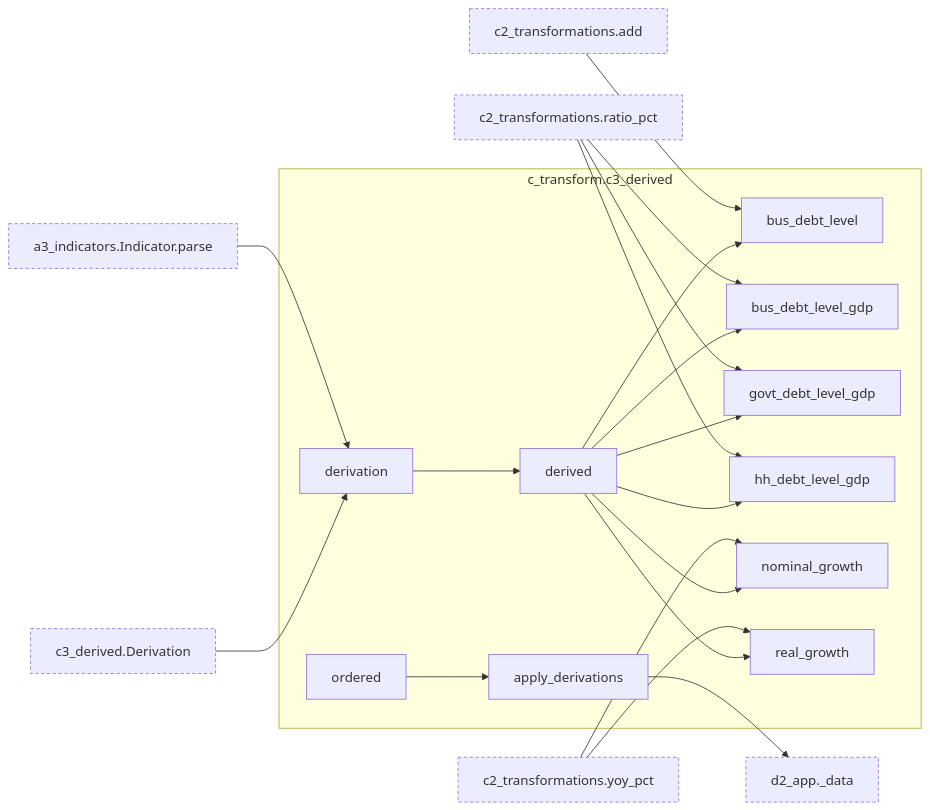
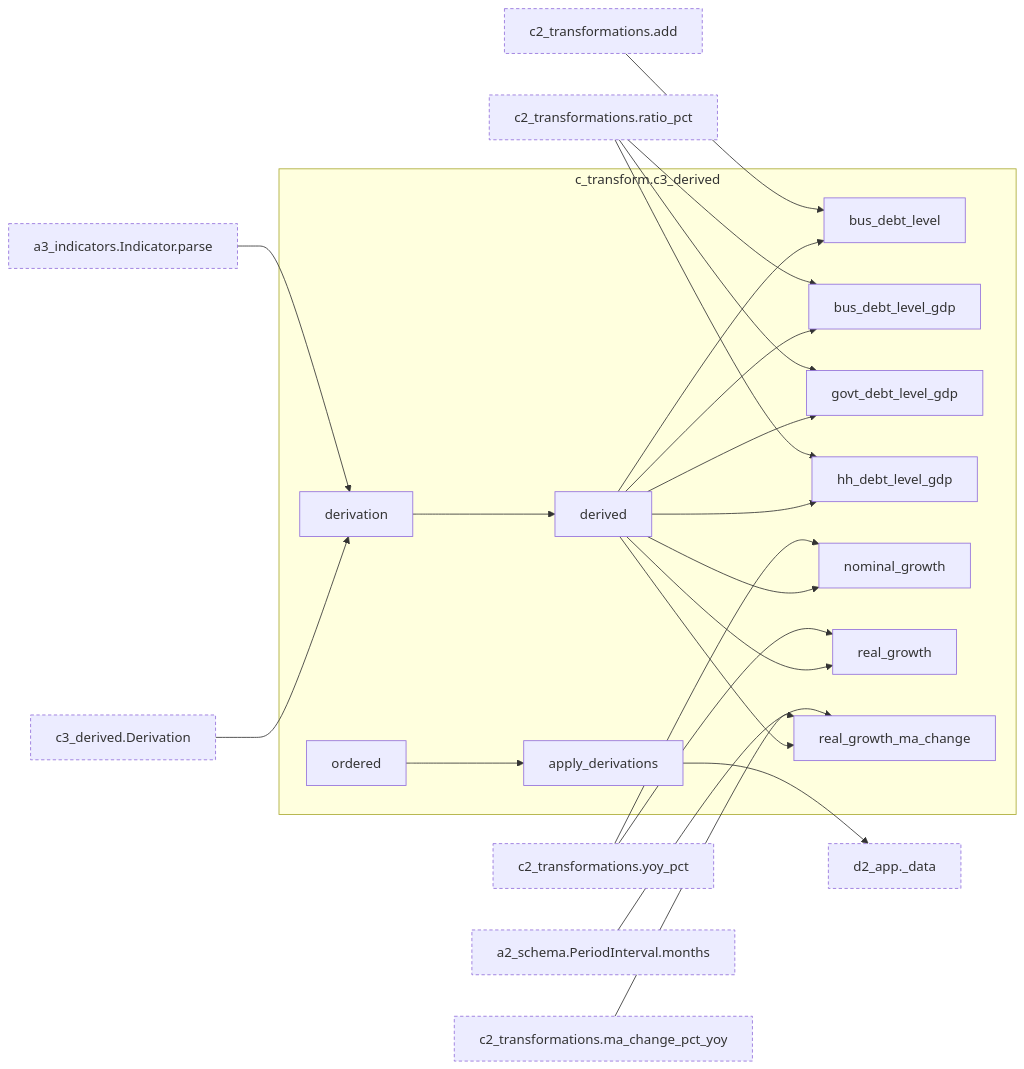
Before and after one commit to bsawyerg15/MacroScan: diagram 13 of 15 in docs/architecture.md, drawn with Mermaid. The commit also changed other lines of this file and 11 other files, not shown here.

````diff
--- a/docs/architecture.md
+++ b/docs/architecture.md
@@ -1033,55 +1053,64 @@
 ```mermaid
 flowchart LR
   subgraph this["c_transform.c3_derived"]
     n_c_transform_c3_derived_apply_derivations["apply_derivations"]
     n_c_transform_c3_derived_bus_debt_level["bus_debt_level"]
     n_c_transform_c3_derived_bus_debt_level_gdp["bus_debt_level_gdp"]
     n_c_transform_c3_derived_derivation["derivation"]
     n_c_transform_c3_derived_derived["derived"]
     n_c_transform_c3_derived_govt_debt_level_gdp["govt_debt_level_gdp"]
     n_c_transform_c3_derived_hh_debt_level_gdp["hh_debt_level_gdp"]
     n_c_transform_c3_derived_nominal_growth["nominal_growth"]
     n_c_transform_c3_derived_ordered["ordered"]
     n_c_transform_c3_derived_real_growth["real_growth"]
+    n_c_transform_c3_derived_real_growth_ma_change["real_growth_ma_change"]
   end
+  n_a_core_a2_schema_PeriodInterval_months["a2_schema.PeriodInterval.months"]:::ext
   n_a_core_a3_indicators_Indicator_parse["a3_indicators.Indicator.parse"]:::ext
   n_c_transform_c2_transformations_add["c2_transformations.add"]:::ext
+  n_c_transform_c2_transformations_ma_change_pct_yoy["c2_transformations.ma_change_pct_yoy"]:::ext
   n_c_transform_c2_transformations_ratio_pct["c2_transformations.ratio_pct"]:::ext
   n_c_transform_c2_transformations_yoy_pct["c2_transformations.yoy_pct"]:::ext
   n_c_transform_c3_derived_Derivation["c3_derived.Derivation"]:::ext
   n_d_visualization_d2_app__data["d2_app._data"]:::ext
   n_c_transform_c3_derived_ordered --> n_c_transform_c3_derived_apply_derivations
   n_c_transform_c2_transformations_add --> n_c_transform_c3_derived_bus_debt_level
   n_c_transform_c3_derived_derived --> n_c_transform_c3_derived_bus_debt_level
   n_c_transform_c2_transformations_ratio_pct --> n_c_transform_c3_derived_bus_debt_level_gdp
   n_c_transform_c3_derived_derived --> n_c_transform_c3_derived_bus_debt_level_gdp
   n_a_core_a3_indicators_Indicator_parse --> n_c_transform_c3_derived_derivation
   n_c_transform_c3_derived_Derivation --> n_c_transform_c3_derived_derivation
   n_c_transform_c3_derived_derivation --> n_c_transform_c3_derived_derived
   n_c_transform_c2_transformations_ratio_pct --> n_c_transform_c3_derived_govt_debt_level_gdp
   n_c_transform_c3_derived_derived --> n_c_transform_c3_derived_govt_debt_level_gdp
   n_c_transform_c2_transformations_ratio_pct --> n_c_transform_c3_derived_hh_debt_level_gdp
   n_c_transform_c3_derived_derived --> n_c_transform_c3_derived_hh_debt_level_gdp
   n_c_transform_c2_transformations_yoy_pct --> n_c_transform_c3_derived_nominal_growth
   n_c_transform_c3_derived_derived --> n_c_transform_c3_derived_nominal_growth
   n_c_transform_c2_transformations_yoy_pct --> n_c_transform_c3_derived_real_growth
   n_c_transform_c3_derived_derived --> n_c_transform_c3_derived_real_growth
+  n_a_core_a2_schema_PeriodInterval_months --> n_c_transform_c3_derived_real_growth_ma_change
+  n_c_transform_c2_transformations_ma_change_pct_yoy --> n_c_transform_c3_derived_real_growth_ma_change
+  n_c_transform_c3_derived_derived --> n_c_transform_c3_derived_real_growth_ma_change
   n_c_transform_c3_derived_apply_derivations --> n_d_visualization_d2_app__data
+  click n_a_core_a2_schema_PeriodInterval_months href "#fn-a_core-a2_schema-PeriodInterval.months"
   click n_a_core_a3_indicators_Indicator_parse href "#fn-a_core-a3_indicators-Indicator.parse"
   click n_c_transform_c2_transformations_add href "#fn-c_transform-c2_transformations-add"
+  click n_c_transform_c2_transformations_ma_change_pct_yoy href "#fn-c_transform-c2_transformations-ma_change_pct_yoy"
   click n_c_transform_c2_transformations_ratio_pct href "#fn-c_transform-c2_transformations-ratio_pct"
   click n_c_transform_c2_transformations_yoy_pct href "#fn-c_transform-c2_transformations-yoy_pct"
   click n_c_transform_c3_derived_Derivation href "#cls-Derivation"
   click n_c_transform_c3_derived_apply_derivations href "#fn-c_transform-c3_derived-apply_derivations"
   click n_c_transform_c3_derived_bus_debt_level href "#fn-c_transform-c3_derived-bus_debt_level"
   click n_c_transform_c3_derived_bus_debt_level_gdp href "#fn-c_transform-c3_derived-bus_debt_level_gdp"
   click n_c_transform_c3_derived_derivation href "#fn-c_transform-c3_derived-derivation"
   click n_c_transform_c3_derived_derived href "#fn-c_transform-c3_derived-derived"
   click n_c_transform_c3_derived_govt_debt_level_gdp href "#fn-c_transform-c3_derived-govt_debt_level_gdp"
   click n_c_transform_c3_derived_hh_debt_level_gdp href "#fn-c_transform-c3_derived-hh_debt_level_gdp"
   click n_c_transform_c3_derived_nominal_growth href "#fn-c_transform-c3_derived-nominal_growth"
   click n_c_transform_c3_derived_ordered href "#fn-c_transform-c3_derived-ordered"
   click n_c_transform_c3_derived_real_growth href "#fn-c_transform-c3_derived-real_growth"
+  click n_c_transform_c3_derived_real_growth_ma_change href "#fn-c_transform-c3_derived-real_growth_ma_change"
   click n_d_visualization_d2_app__data href "#fn-d_visualization-d2_app-_data"
   classDef ext stroke-dasharray: 4 3
 ```
````
